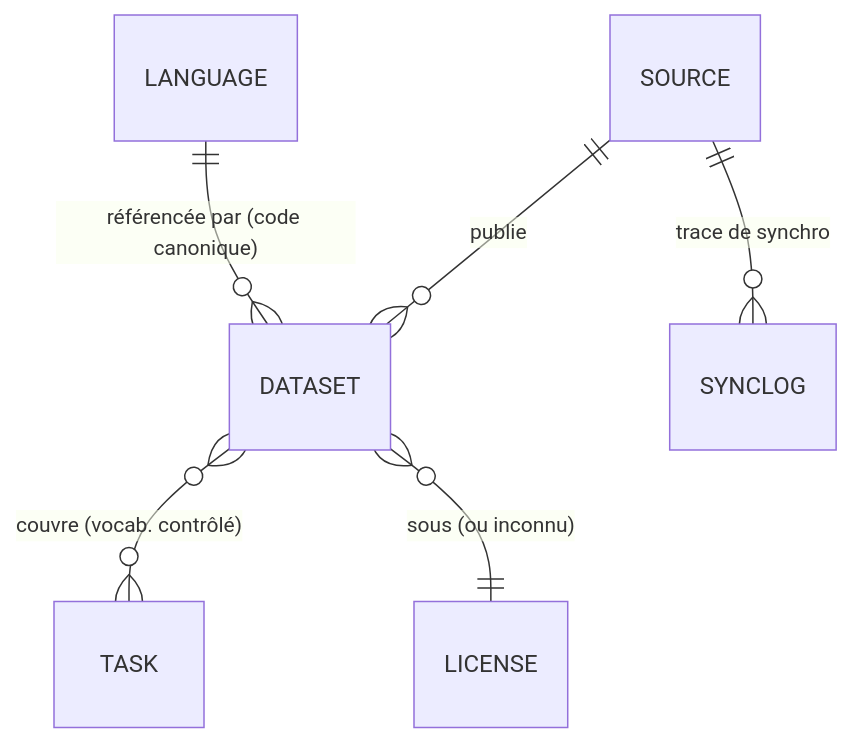
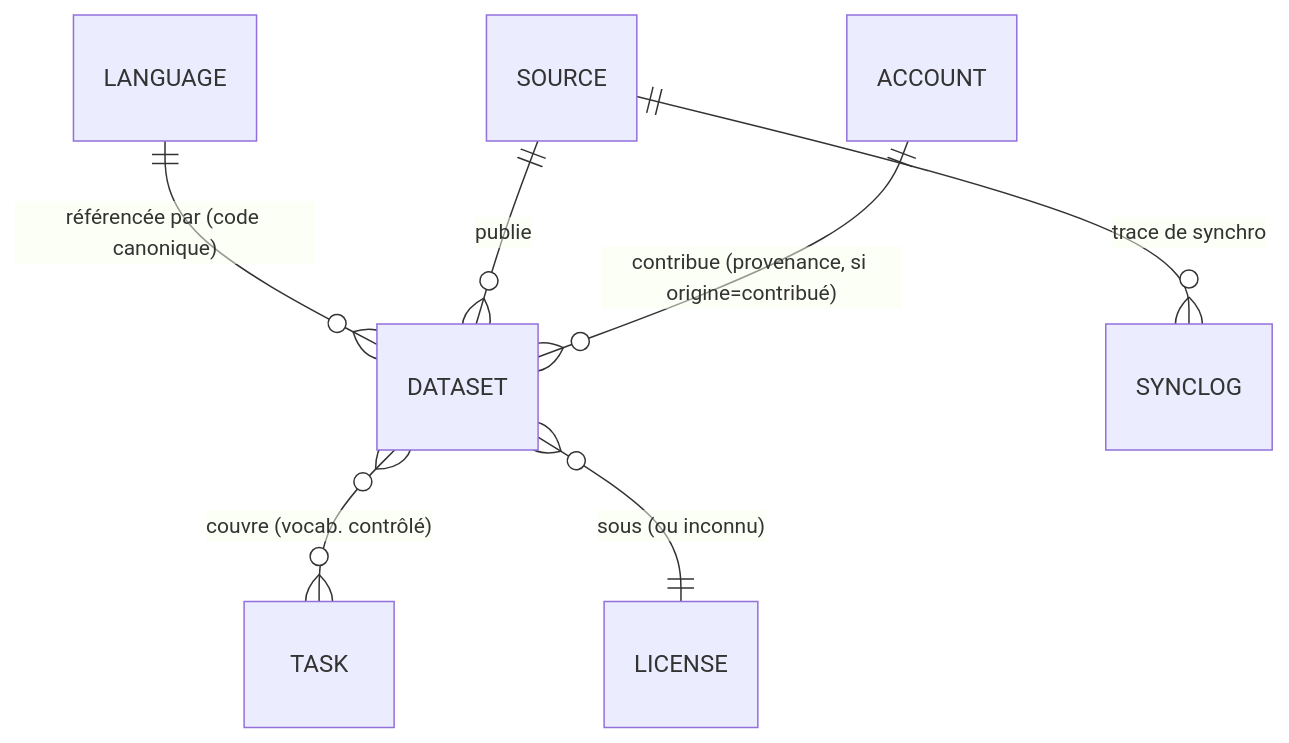
Before and after one commit to YTILIKAN/AfroLang-Library: the second of 3 diagrams in Documentation/architecture/ARCHITECTURE-SPINE.md, drawn with Mermaid. The commit also changed other lines of this file and 4 other files, not shown here.

````diff
--- a/Documentation/architecture/ARCHITECTURE-SPINE.md
+++ b/Documentation/architecture/ARCHITECTURE-SPINE.md
@@ -155,8 +169,9 @@
 ```mermaid
 erDiagram
   LANGUAGE ||--o{ DATASET : "référencée par (code canonique)"
   SOURCE   ||--o{ DATASET : "publie"
   DATASET  }o--o{ TASK : "couvre (vocab. contrôlé)"
   DATASET  }o--|| LICENSE : "sous (ou inconnu)"
   SOURCE   ||--o{ SYNCLOG : "trace de synchro"
+  ACCOUNT  ||--o{ DATASET : "contribue (provenance, si origine=contribué)"
 ```
````
